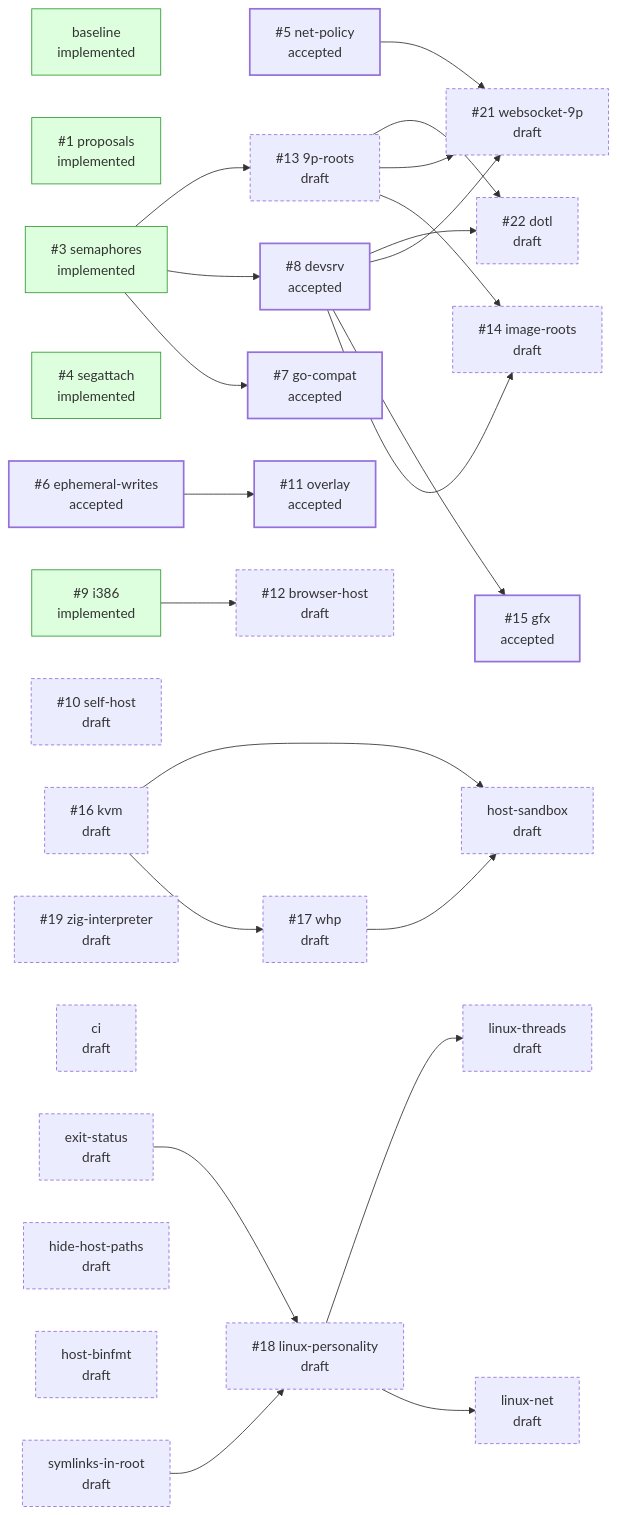
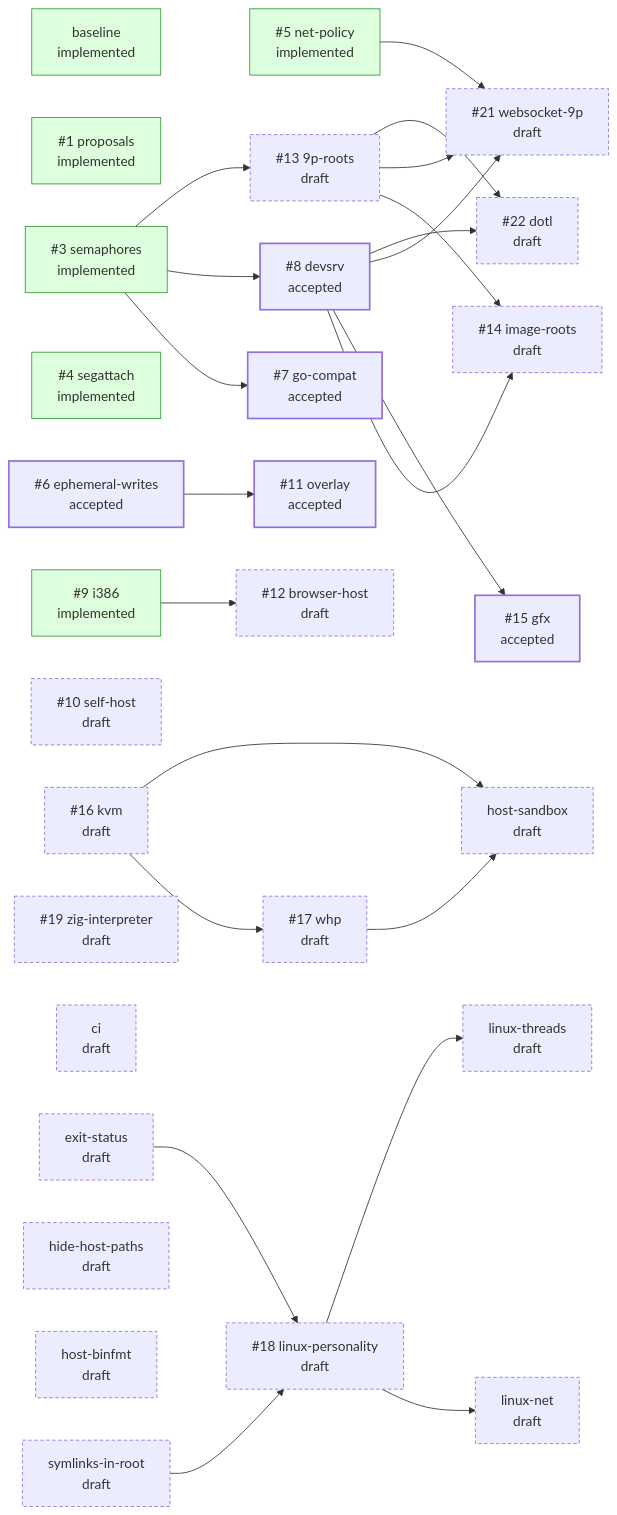
One commit to jpf/hyper9 changed the diagram in README.md. Above: the diagram before and after it, drawn with Mermaid. The commit also changed other lines of this file and 14 other files, not shown here.

````diff
--- a/README.md
+++ b/README.md
@@ -46,56 +46,56 @@
 ```mermaid
 flowchart LR
   classDef draft stroke-dasharray: 4 3
   classDef accepted stroke-width: 2px
   classDef implemented fill:#dfd,stroke:#393
   classDef closed fill:#eee,stroke:#999,color:#777
   p_baseline["baseline<br/>implemented"]:::implemented
   p_proposals["#35;1 proposals<br/>implemented"]:::implemented
   p_semaphores["#35;3 semaphores<br/>implemented"]:::implemented
   p_segattach["#35;4 segattach<br/>implemented"]:::implemented
-  p_net_policy["#35;5 net-policy<br/>accepted"]:::accepted
+  p_net_policy["#35;5 net-policy<br/>implemented"]:::implemented
   p_ephemeral_writes["#35;6 ephemeral-writes<br/>accepted"]:::accepted
   p_go_compat["#35;7 go-compat<br/>accepted"]:::accepted
   p_devsrv["#35;8 devsrv<br/>accepted"]:::accepted
   p_i386["#35;9 i386<br/>implemented"]:::implemented
   p_self_host["#35;10 self-host<br/>draft"]:::draft
   p_overlay["#35;11 overlay<br/>accepted"]:::accepted
   p_browser_host["#35;12 browser-host<br/>draft"]:::draft
   p_9p_roots["#35;13 9p-roots<br/>draft"]:::draft
   p_image_roots["#35;14 image-roots<br/>draft"]:::draft
   p_gfx["#35;15 gfx<br/>accepted"]:::accepted
   p_kvm["#35;16 kvm<br/>draft"]:::draft
   p_whp["#35;17 whp<br/>draft"]:::draft
   p_linux_personality["#35;18 linux-personality<br/>draft"]:::draft
   p_zig_interpreter["#35;19 zig-interpreter<br/>draft"]:::draft
   p_websocket_9p["#35;21 websocket-9p<br/>draft"]:::draft
   p_dotl["#35;22 dotl<br/>draft"]:::draft
   p_ci["ci<br/>draft"]:::draft
   p_exit_status["exit-status<br/>draft"]:::draft
   p_hide_host_paths["hide-host-paths<br/>draft"]:::draft
   p_host_binfmt["host-binfmt<br/>draft"]:::draft
   p_host_sandbox["host-sandbox<br/>draft"]:::draft
   p_linux_net["linux-net<br/>draft"]:::draft
   p_linux_threads["linux-threads<br/>draft"]:::draft
   p_symlinks_in_root["symlinks-in-root<br/>draft"]:::draft
   p_semaphores --> p_go_compat
   p_semaphores --> p_devsrv
   p_ephemeral_writes --> p_overlay
   p_i386 --> p_browser_host
   p_semaphores --> p_9p_roots
   p_devsrv --> p_image_roots
   p_9p_roots --> p_image_roots
   p_devsrv --> p_gfx
   p_kvm --> p_whp
   p_symlinks_in_root --> p_linux_personality
   p_exit_status --> p_linux_personality
   p_net_policy --> p_websocket_9p
   p_devsrv --> p_websocket_9p
   p_9p_roots --> p_websocket_9p
   p_devsrv --> p_dotl
   p_9p_roots --> p_dotl
   p_kvm --> p_host_sandbox
   p_whp --> p_host_sandbox
   p_linux_personality --> p_linux_net
   p_linux_personality --> p_linux_threads
 ```
````
